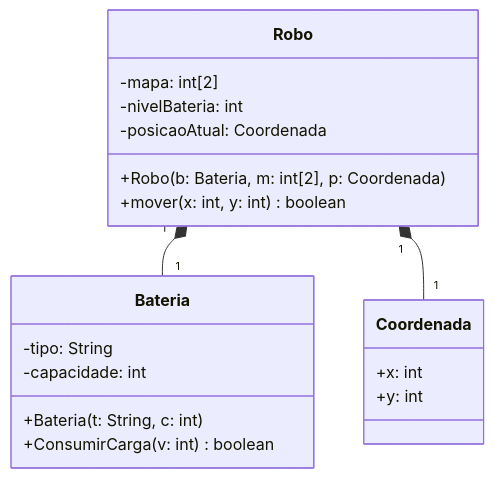
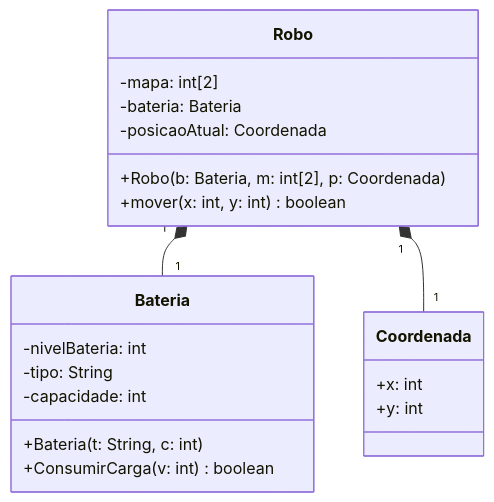
Before and after one commit to feliperezn/IFSC-ADS-POO-2026-2: the diagram in Aulas/2026-09-30-aula/Readme.md, drawn with Mermaid. The commit also changed 3 other files, not shown here.

````diff
--- a/Aulas/2026-09-30-aula/Readme.md
+++ b/Aulas/2026-09-30-aula/Readme.md
@@ -3,26 +3,27 @@
 ```mermaid
 classDiagram
     class Robo {
         -mapa: int[2]
-        -nivelBateria: int
+        -bateria: Bateria
         -posicaoAtual: Coordenada
         +Robo(b: Bateria, m: int[2], p: Coordenada)
         +mover(x: int, y: int) boolean
     }
 
     class Coordenada {
         +x: int
         +y: int
     }
 
     class Bateria {
+        -nivelBateria: int
         -tipo: String
         -capacidade: int
         +Bateria(t: String, c: int)
         +ConsumirCarga(v: int) boolean
     }
 
     Robo "1" *-- "1" Bateria
     Robo "1" *-- "1" Coordenada
 
 ```
````
